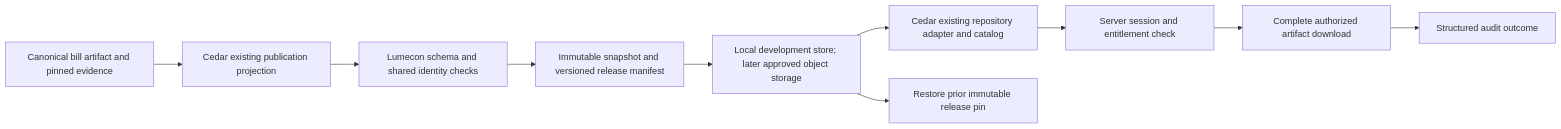
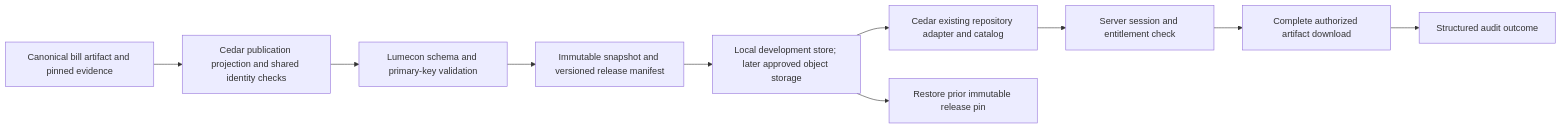
The diagram in docs/HAVALA_INFRASTRUCTURE_REVIEW.md (teim-team/cedar-press), drawn with Mermaid before and after one commit. The commit also changed other lines of this file and 3 other files, not shown here.

````diff
--- a/docs/HAVALA_INFRASTRUCTURE_REVIEW.md
+++ b/docs/HAVALA_INFRASTRUCTURE_REVIEW.md
@@ -95,12 +116,12 @@
 ```mermaid
 flowchart LR
-  A[Canonical bill artifact and pinned evidence] --> B[Cedar existing publication projection]
-  B --> C[Lumecon schema and shared identity checks]
+  A[Canonical bill artifact and pinned evidence] --> B[Cedar publication projection and shared identity checks]
+  B --> C[Lumecon schema and primary-key validation]
   C --> D[Immutable snapshot and versioned release manifest]
   D --> E[Local development store; later approved object storage]
   E --> F[Cedar existing repository adapter and catalog]
   F --> G[Server session and entitlement check]
   G --> H[Complete authorized artifact download]
   H --> I[Structured audit outcome]
   E --> J[Restore prior immutable release pin]
 ```
````
